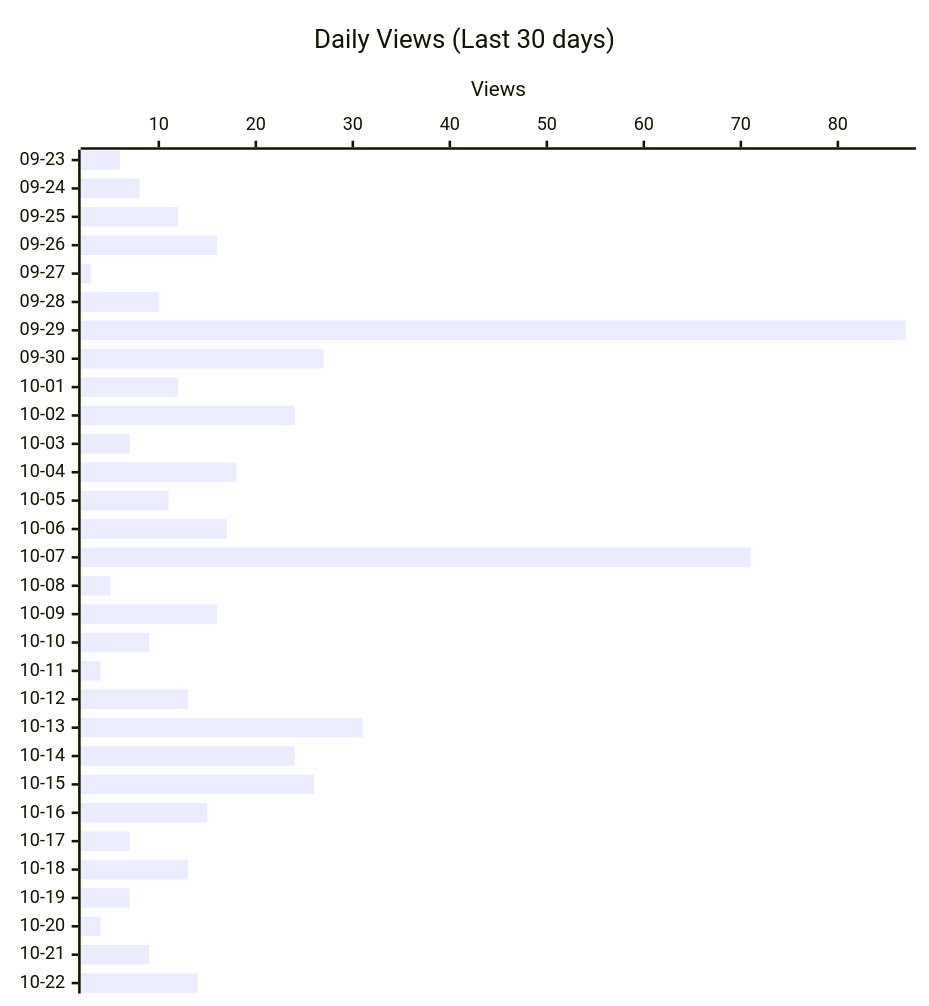
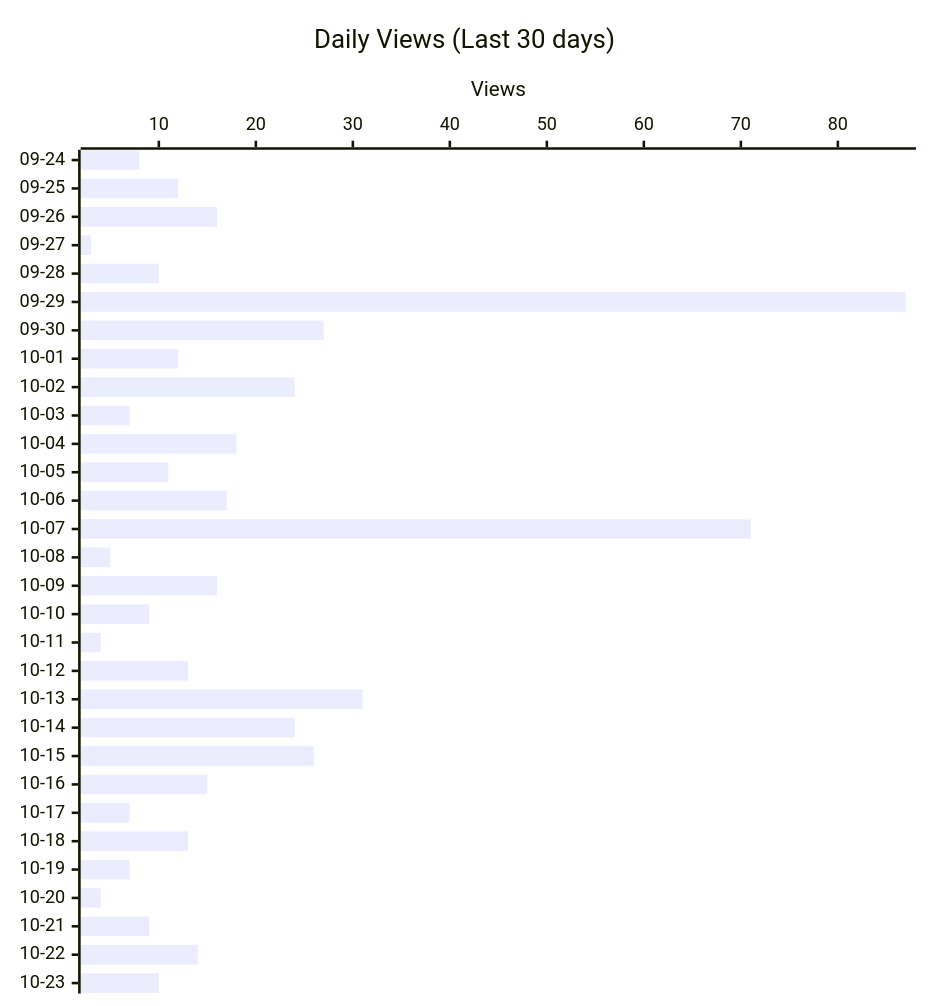
The second of 4 diagrams in README.md (shigechika/github-insights), drawn with Mermaid before and after one commit. The commit also changed other lines of this file and 2 other files, not shown here.

````diff
--- a/README.md
+++ b/README.md
@@ -28,12 +28,12 @@
 ```mermaid
 ---
 config:
   xyChart:
     height: 760
 ---
 xychart-beta horizontal
     title "Daily Views (Last 30 days)"
-    x-axis ["09-23", "09-24", "09-25", "09-26", "09-27", "09-28", "09-29", "09-30", "10-01", "10-02", "10-03", "10-04", "10-05", "10-06", "10-07", "10-08", "10-09", "10-10", "10-11", "10-12", "10-13", "10-14", "10-15", "10-16", "10-17", "10-18", "10-19", "10-20", "10-21", "10-22"]
+    x-axis ["09-24", "09-25", "09-26", "09-27", "09-28", "09-29", "09-30", "10-01", "10-02", "10-03", "10-04", "10-05", "10-06", "10-07", "10-08", "10-09", "10-10", "10-11", "10-12", "10-13", "10-14", "10-15", "10-16", "10-17", "10-18", "10-19", "10-20", "10-21", "10-22", "10-23"]
     y-axis "Views"
-    bar [6, 8, 12, 16, 3, 10, 87, 27, 12, 24, 7, 18, 11, 17, 71, 5, 16, 9, 4, 13, 31, 24, 26, 15, 7, 13, 7, 4, 9, 14]
+    bar [8, 12, 16, 3, 10, 87, 27, 12, 24, 7, 18, 11, 17, 71, 5, 16, 9, 4, 13, 31, 24, 26, 15, 7, 13, 7, 4, 9, 14, 10]
 ```
````
